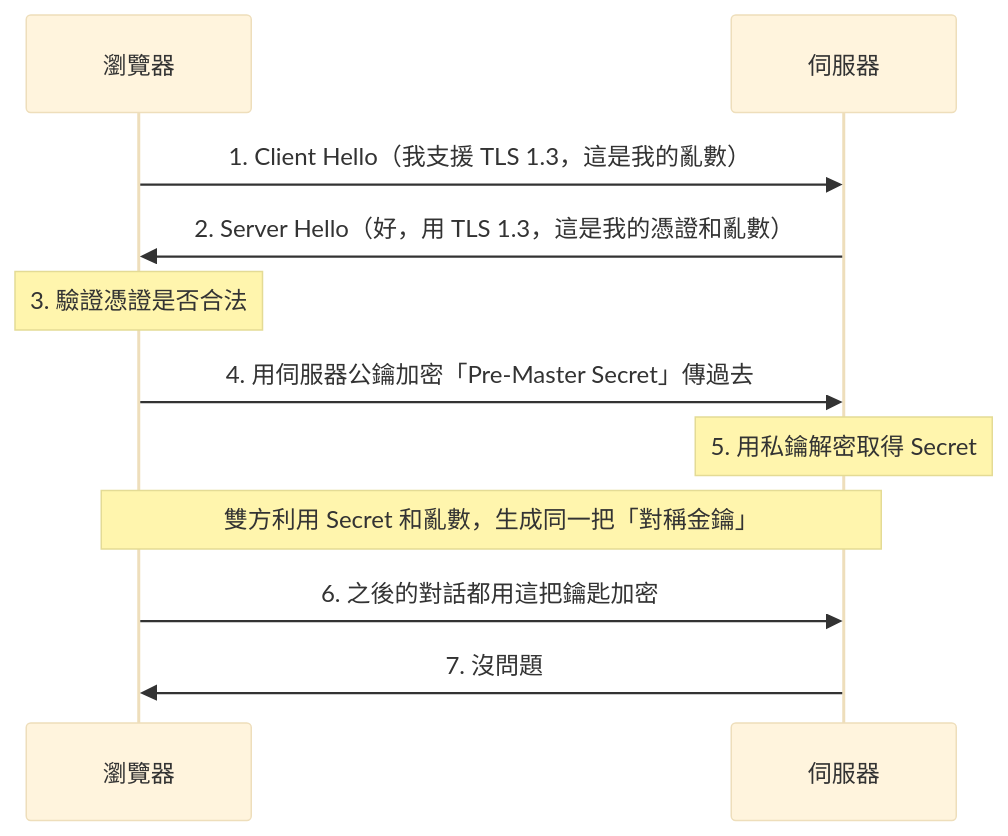
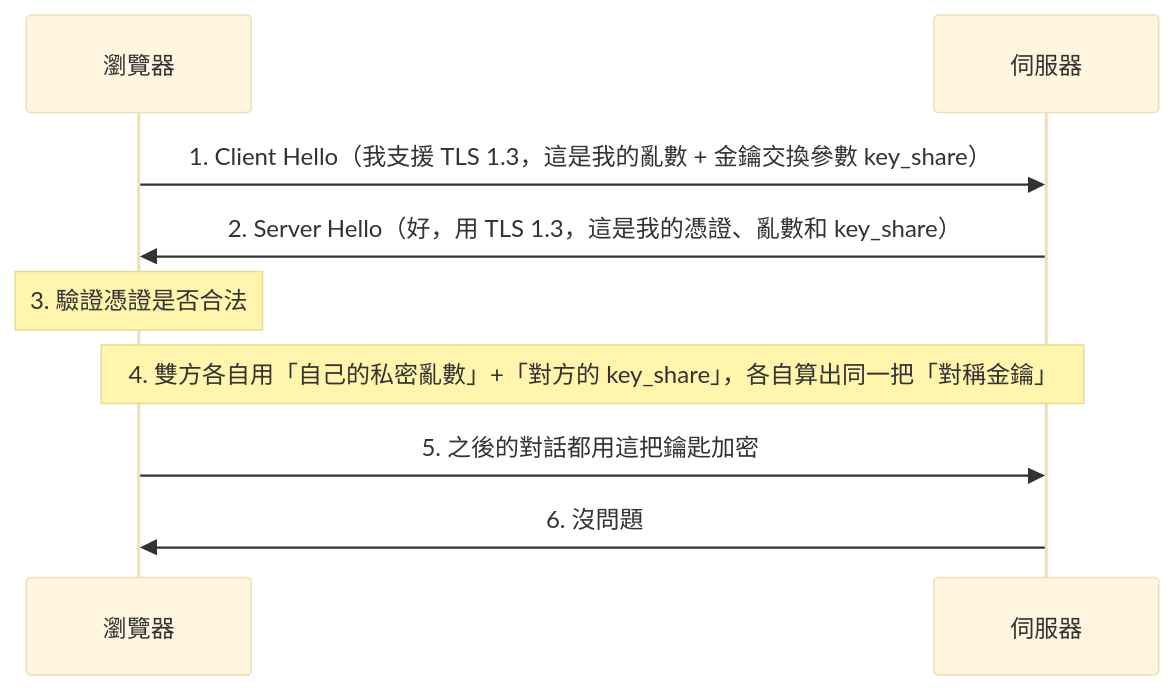
One commit to happyloa/Personal-Blog changed the diagram in src/content/posts/https-tls-explained.md. Above: the diagram before and after it, drawn with Mermaid (base theme). The commit also changed other lines of this file and 28 other files, not shown here.

````diff
--- a/src/content/posts/https-tls-explained.md
+++ b/src/content/posts/https-tls-explained.md
@@ -43,14 +43,12 @@
 ```mermaid
 sequenceDiagram
     participant Client as 瀏覽器
     participant Server as 伺服器
 
-    Client->>Server: 1. Client Hello（我支援 TLS 1.3，這是我的亂數）
-    Server->>Client: 2. Server Hello（好，用 TLS 1.3，這是我的憑證和亂數）
+    Client->>Server: 1. Client Hello（我支援 TLS 1.3，這是我的亂數 + 金鑰交換參數 key_share）
+    Server->>Client: 2. Server Hello（好，用 TLS 1.3，這是我的憑證、亂數和 key_share）
     Note over Client: 3. 驗證憑證是否合法
-    Client->>Server: 4. 用伺服器公鑰加密「Pre-Master Secret」傳過去
-    Note over Server: 5. 用私鑰解密取得 Secret
-    Note over Client, Server: 雙方利用 Secret 和亂數，生成同一把「對稱金鑰」
-    Client->>Server: 6. 之後的對話都用這把鑰匙加密
-    Server->>Client: 7. 沒問題
+    Note over Client, Server: 4. 雙方各自用「自己的私密亂數」+「對方的 key_share」，各自算出同一把「對稱金鑰」
+    Client->>Server: 5. 之後的對話都用這把鑰匙加密
+    Server->>Client: 6. 沒問題
 ```
````
